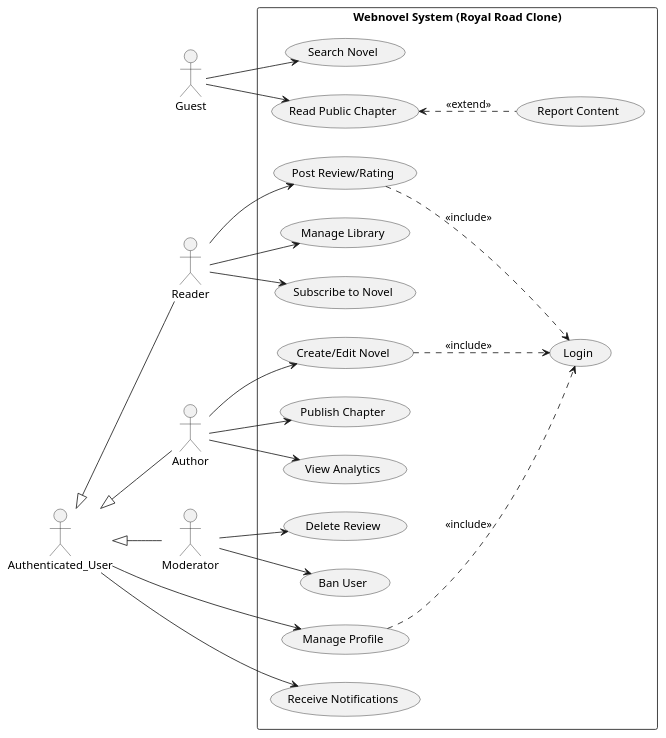
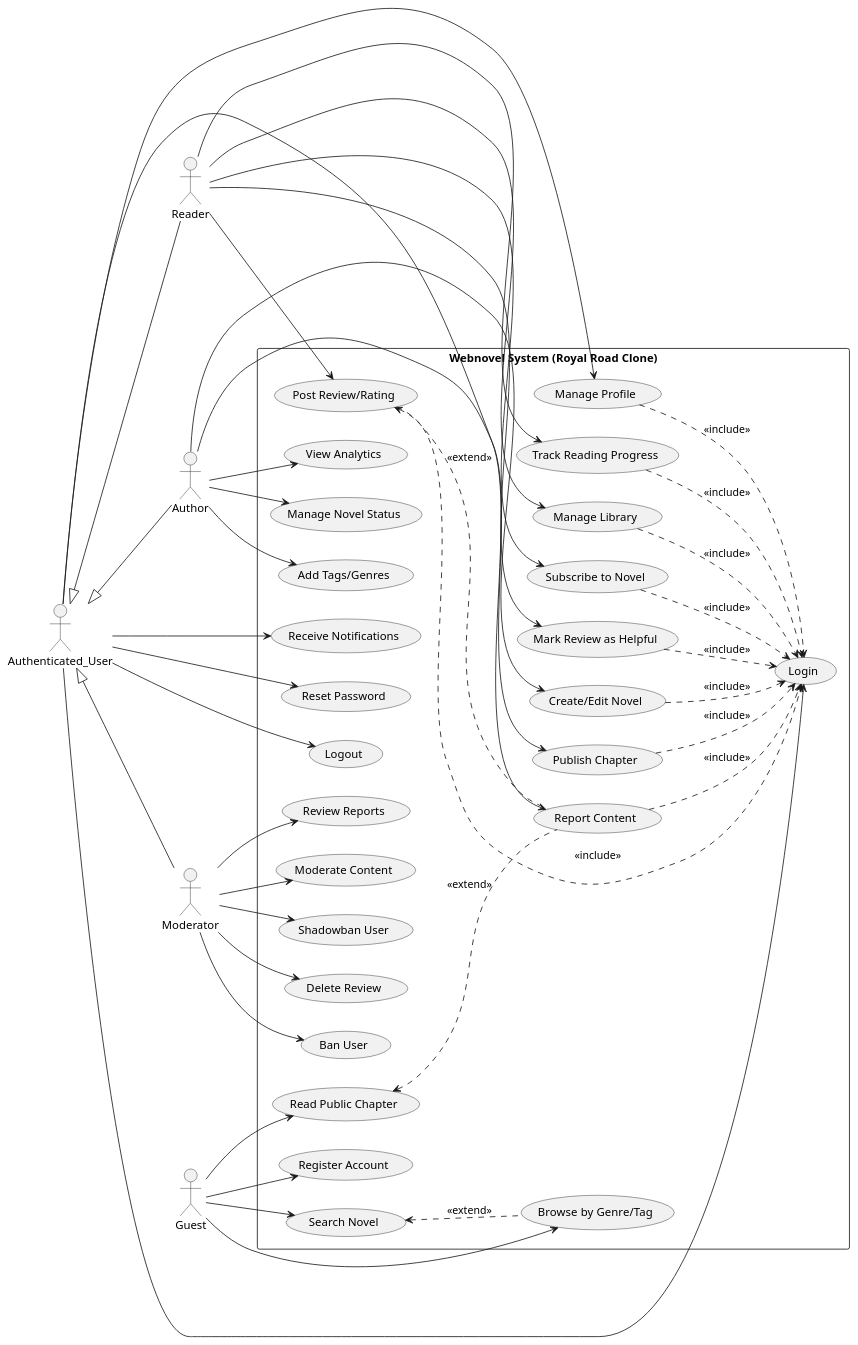
Before and after one commit to matthieuzajac/UML_project: the diagram in src/Use_case.wsd, drawn with PlantUML. The commit also changed 21 other files, not shown here.

Commit message:
Complete UML documentation for Royal Road clone webnovel platform

```diff
--- a/src/Use_case.wsd
+++ b/src/Use_case.wsd
@@ -1,68 +1,100 @@
 @startuml usecase
 left to right direction
 skinparam packageStyle rectangle
 
 actor "Guest" as G
 actor "Authenticated_User" as AU
 actor "Reader" as R
 actor "Author" as A
 actor "Moderator" as M
 
 ' Héritage des acteurs (cohérent avec votre diagramme de classe)
 AU <|-- R
 AU <|-- A
 AU <|-- M
 
 rectangle "Webnovel System (Royal Road Clone)" {
     
     ' Cas d'utilisation pour les invités
     (Search Novel) as UC1
     (Read Public Chapter) as UC2
+    (Browse by Genre/Tag) as UC14
+    (Register Account) as UC15
     
     ' Cas d'utilisation pour les utilisateurs connectés
+    (Login) as UC_Login
+    (Logout) as UC_Logout
     (Manage Profile) as UC3
     (Receive Notifications) as UC4
+    (Reset Password) as UC16
+    (Report Content) as UC13
     
     ' Cas d'utilisation spécifiques au Lecteur
     (Post Review/Rating) as UC5
     (Manage Library) as UC6
     (Subscribe to Novel) as UC7
+    (Mark Review as Helpful) as UC17
+    (Track Reading Progress) as UC18
     
     ' Cas d'utilisation spécifiques à l'Auteur
     (Create/Edit Novel) as UC8
     (Publish Chapter) as UC9
     (View Analytics) as UC10
+    (Manage Novel Status) as UC19
+    (Add Tags/Genres) as UC20
     
     ' Cas d'utilisation spécifiques au Modérateur
     (Delete Review) as UC11
     (Ban User) as UC12
+    (Review Reports) as UC21
+    (Moderate Content) as UC22
+    (Shadowban User) as UC23
 
     ' Relations Inclusion/Extension
-    (Login) as UC_Login
     UC3 ..> UC_Login : <<include>>
     UC5 ..> UC_Login : <<include>>
+    UC6 ..> UC_Login : <<include>>
+    UC7 ..> UC_Login : <<include>>
     UC8 ..> UC_Login : <<include>>
+    UC9 ..> UC_Login : <<include>>
+    UC13 ..> UC_Login : <<include>>
+    UC17 ..> UC_Login : <<include>>
+    UC18 ..> UC_Login : <<include>>
     
-    (Report Content) as UC13
     UC2 <.. UC13 : <<extend>>
+    UC5 <.. UC13 : <<extend>>
+    UC1 <.. UC14 : <<extend>>
 }
 
 ' Liaisons Acteurs -> Cas d'utilisation
 G --> UC1
 G --> UC2
+G --> UC14
+G --> UC15
 
+AU --> UC_Login
+AU --> UC_Logout
 AU --> UC3
 AU --> UC4
+AU --> UC13
+AU --> UC16
 
 R --> UC5
 R --> UC6
 R --> UC7
+R --> UC17
+R --> UC18
 
 A --> UC8
 A --> UC9
 A --> UC10
+A --> UC19
+A --> UC20
 
 M --> UC11
 M --> UC12
+M --> UC21
+M --> UC22
+M --> UC23
 
 @enduml
```
